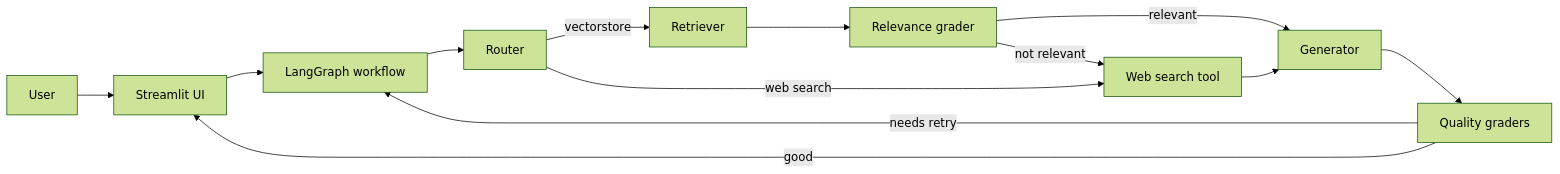
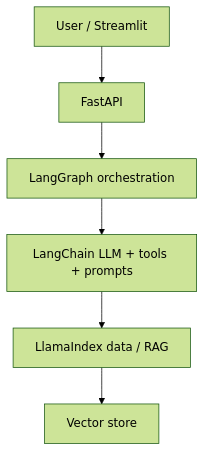
Before and after one commit to Shivam-Narayan/agentic-ai: the diagram in docs/ARCHITECTURE.md, drawn with Mermaid (forest theme). The commit also changed other lines of this file and 20 other files, not shown here.

Commit message:
refactor: migrate to FastAPI, restructure app architecture, and enhance logging

````diff
--- a/docs/ARCHITECTURE.md
+++ b/docs/ARCHITECTURE.md
@@ -45,15 +45,8 @@
 ```mermaid
-flowchart LR
-    U[User] --> UI[Streamlit UI]
-    UI --> WF[LangGraph workflow]
-    WF --> R[Router]
-    R -->|vectorstore| RET[Retriever]
-    R -->|web search| WS[Web search tool]
-    RET --> GR[Relevance grader]
-    GR -->|relevant| GEN[Generator]
-    GR -->|not relevant| WS
-    WS --> GEN
-    GEN --> QA[Quality graders]
-    QA -->|good| UI
-    QA -->|needs retry| WF
+flowchart TD
+    U[User / Streamlit] --> API[FastAPI]
+    API --> LG[LangGraph orchestration]
+    LG --> LC[LangChain LLM + tools + prompts]
+    LC --> LI[LlamaIndex data / RAG]
+    LI --> VS[Vector store]
 ```
````
